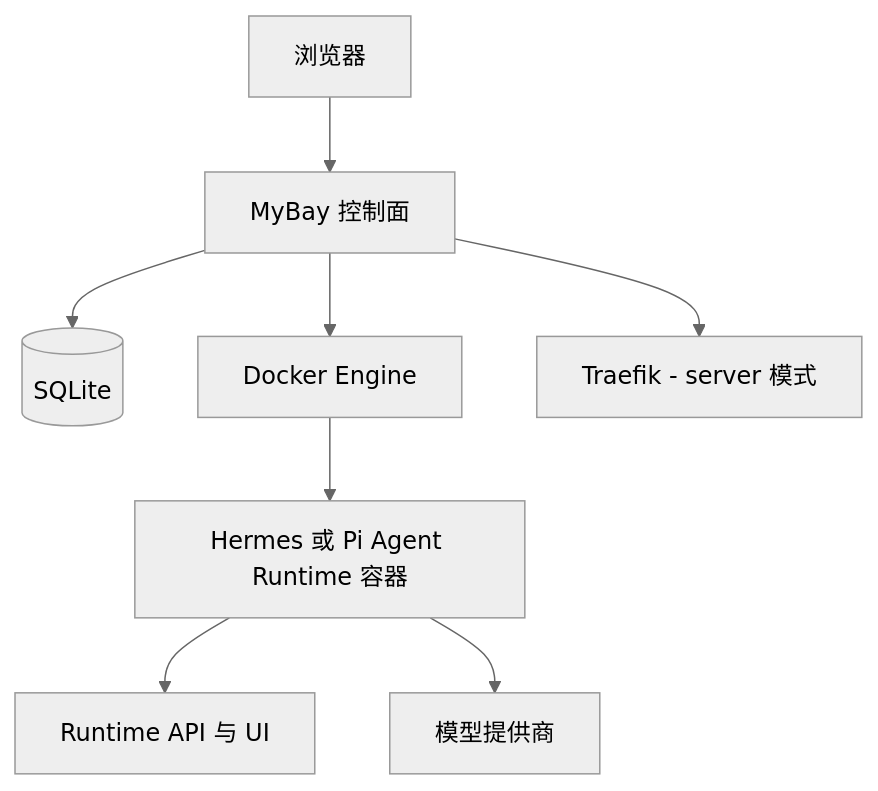
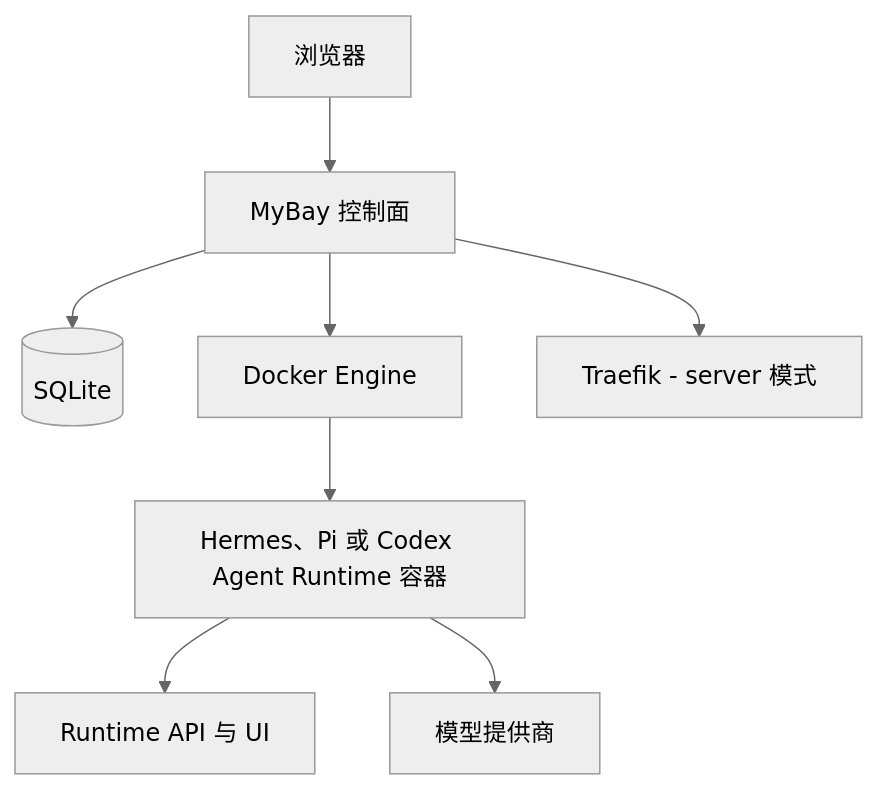
The diagram in README.zh-CN.md (mybay-ai/mybay), drawn with Mermaid (neutral theme) before and after one commit. The commit also changed other lines of this file and 67 other files, not shown here.

````diff
--- a/README.zh-CN.md
+++ b/README.zh-CN.md
@@ -294,10 +296,10 @@
 ```mermaid
 flowchart TD
   B[浏览器] --> C[MyBay 控制面]
   C --> S[(SQLite)]
   C --> D[Docker Engine]
   C --> T[Traefik - server 模式]
-  D --> R[Hermes 或 Pi Agent Runtime 容器]
+  D --> R[Hermes、Pi 或 Codex Agent Runtime 容器]
   R --> A[Runtime API 与 UI]
   R --> M[模型提供商]
 ```
````
